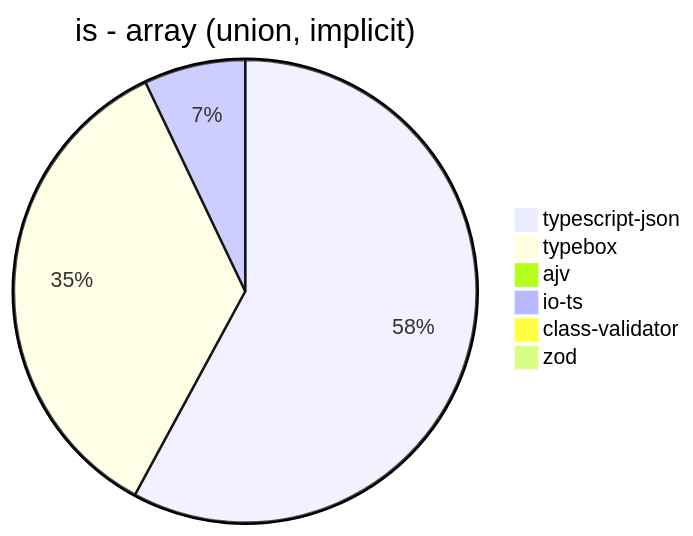
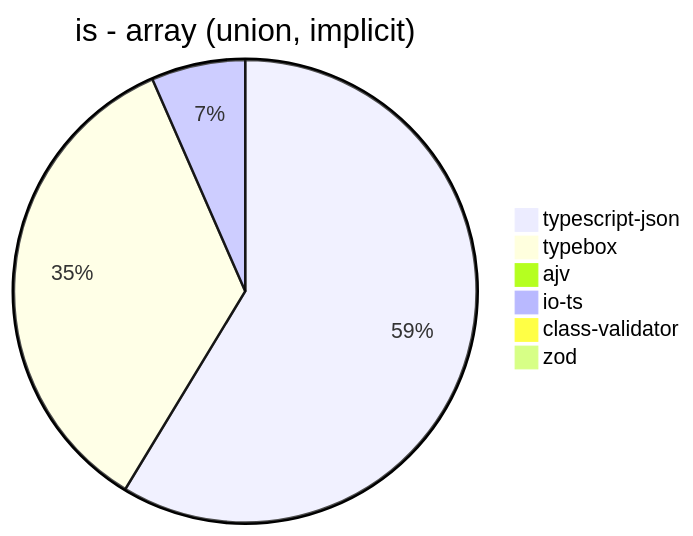
One commit to samchon/typia changed the seventh of 39 diagrams in benchmark/results/AMD Ryzen 9 5900HX with Radeon Graphics.md. Above: the diagram before and after it, drawn with Mermaid. The commit also changed other lines of this file and 3 other files, not shown here.

````diff
--- a/benchmark/results/AMD Ryzen 9 5900HX with Radeon Graphics.md
+++ b/benchmark/results/AMD Ryzen 9 5900HX with Radeon Graphics.md
@@ -87,9 +87,9 @@
 ```mermaid
 pie title is - array (union, implicit)
-  "typescript-json": 3988.380281690141
-  "typebox": 2410.90573012939
+  "typescript-json": 4017.1002364926326
+  "typebox": 2379.8677443056577
   "ajv": 0
-  "io-ts": 488.49056603773585
-  "class-validator": 9.924646204741777
-  "zod": 3.951825366955213
+  "io-ts": 449.63558213418054
+  "class-validator": 9.816632709761066
+  "zod": 3.975766755017039
 ```
````
